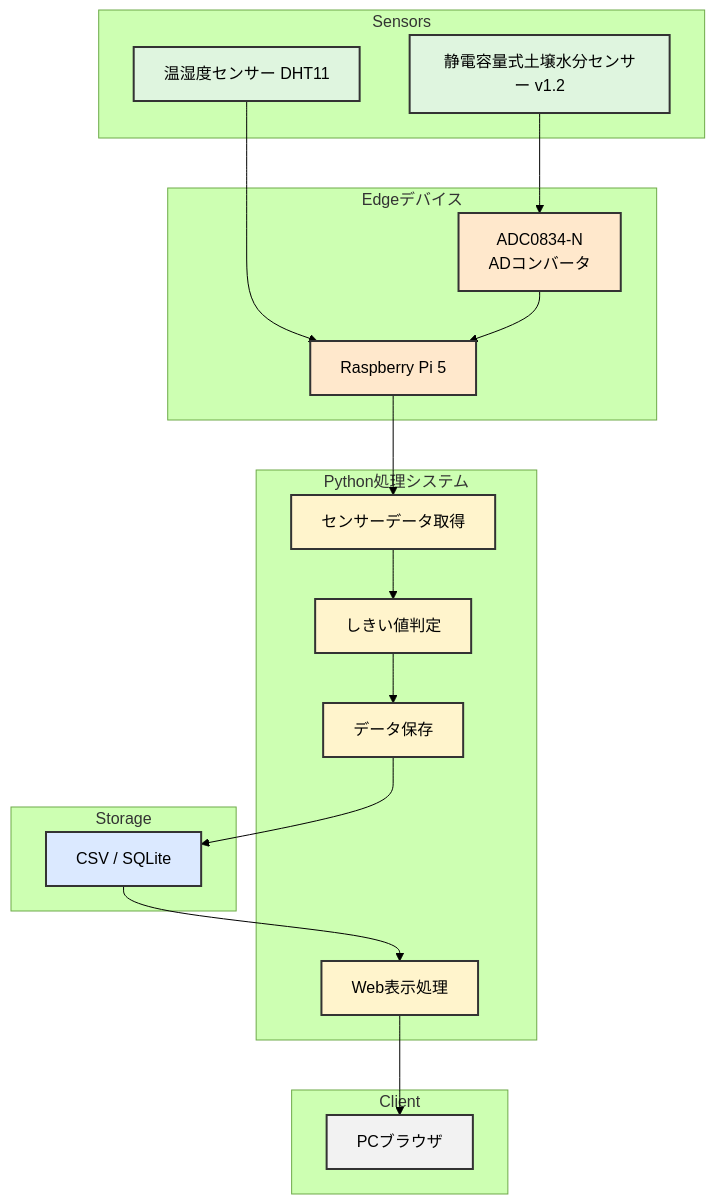
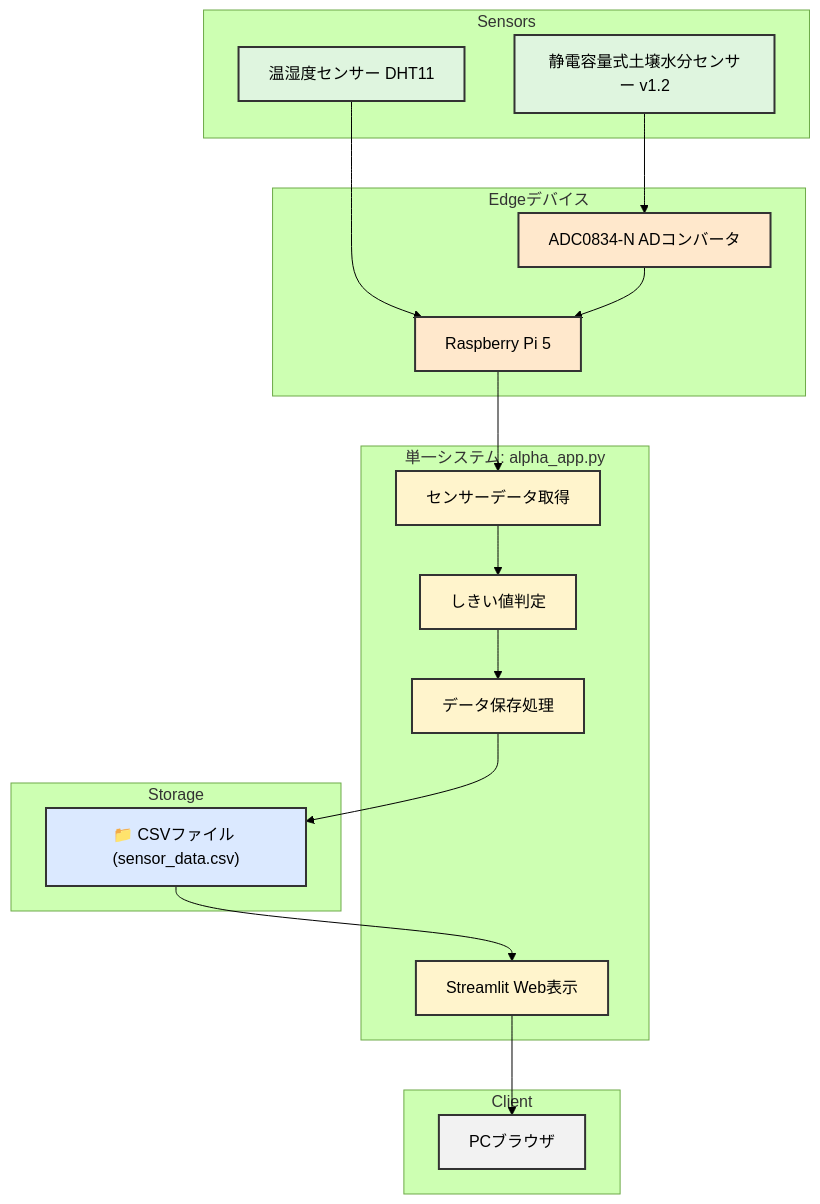
Before and after one commit to Mutou-dev123/plant-iot-system: the second of 3 diagrams in README.md, drawn with Mermaid (forest theme). The commit also changed other lines of this file, not shown here.

````diff
--- a/README.md
+++ b/README.md
@@ -79,53 +116,53 @@
 ```mermaid
-graph TD;
+graph TD
+    subgraph Sensors ["Sensors"]
+        DHT11["温湿度センサー DHT11"]
+        Soil["静電容量式土壌水分センサー v1.2"]
+    end
 
-subgraph Sensors
-    DHT11[温湿度センサー DHT11]
-    Soil[静電容量式土壌水分センサー v1.2]
-end
+    subgraph Edge_Device ["Edgeデバイス"]
+        ADC["ADC0834-N ADコンバータ"]
+        RPI["Raspberry Pi 5"]
+    end
 
-subgraph Edge_Device[Edgeデバイス]
-    ADC[ADC0834-N<br>ADコンバータ]
-    RPI[Raspberry Pi 5]
-end
+    subgraph Python_System ["単一システム: alpha_app.py"]
+        Collect["センサーデータ取得"]
+        Logic["しきい値判定"]
+        Save["データ保存処理"]
+        Web["Streamlit Web表示"]
+    end
 
-subgraph Python_System[Python処理システム]
-    Collect[センサーデータ取得]
-    Logic[しきい値判定]
-    Save[データ保存]
-    Web[Web表示処理]
-end
+    subgraph Storage ["Storage"]
+        DB["📁 CSVファイル (sensor_data.csv)"]
+    end
 
-subgraph Storage
-    DB[CSV / SQLite]
-end
+    subgraph Client ["Client"]
+        Browser["PCブラウザ"]
+    end
 
-subgraph Client
-    Browser[PCブラウザ]
-end
+    %% 接続関係
+    DHT11 --> RPI
+    Soil --> ADC
+    ADC --> RPI
 
-DHT11 --> RPI
-Soil --> ADC --> RPI
+    RPI --> Collect
+    Collect --> Logic
+    Logic --> Save
+    Save --> DB
+    
+    DB --> Web
+    Web --> Browser
 
-RPI --> Collect
-Collect --> Logic
-Logic --> Save
-Save --> DB
+    %% 色設定
+    classDef sensor fill:#dff5df,color:#000,stroke:#333,stroke-width:2px
+    classDef edge fill:#ffe8cc,color:#000,stroke:#333,stroke-width:2px
+    classDef python fill:#fff4cc,color:#000,stroke:#333,stroke-width:2px
+    classDef storage fill:#dbe9ff,color:#000,stroke:#333,stroke-width:2px
+    classDef client fill:#f2f2f2,color:#000,stroke:#333,stroke-width:2px
 
-DB --> Web
-Web --> Browser
-
-%% 色設定
-classDef sensor fill:#dff5df,color:#000,stroke:#333,stroke-width:2px;
-classDef edge fill:#ffe8cc,color:#000,stroke:#333,stroke-width:2px;
-classDef python fill:#fff4cc,color:#000,stroke:#333,stroke-width:2px;
-classDef storage fill:#dbe9ff,color:#000,stroke:#333,stroke-width:2px;
-classDef client fill:#f2f2f2,color:#000,stroke:#333,stroke-width:2px;
-
-%% 適用
-class DHT11,Soil sensor;
-class ADC,RPI edge;
-class Collect,Logic,Save,Web python;
-class DB storage;
-class Browser client;
+    class DHT11,Soil sensor
+    class ADC,RPI edge
+    class Collect,Logic,Save,Web python
+    class DB storage
+    class Browser client
 ```
````
